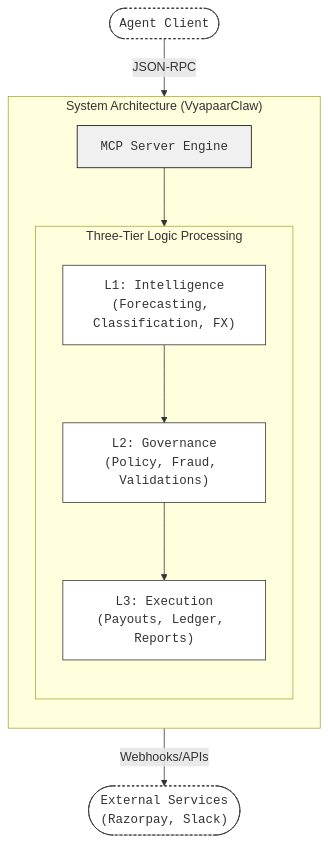
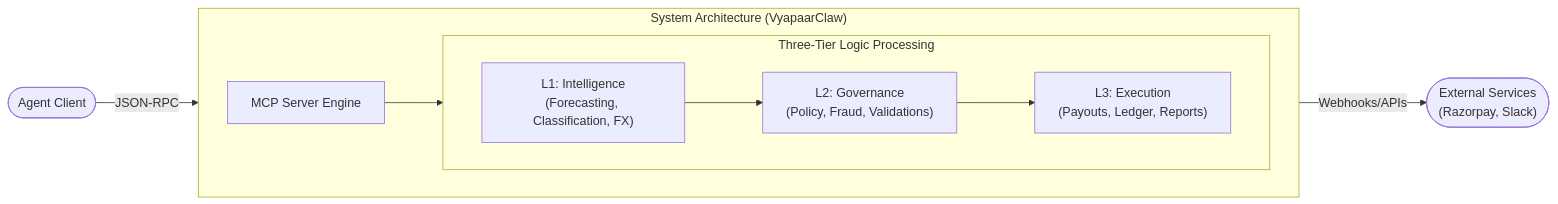
The diagram in docs/diagrams/architecture_full.mmd (guglxni/VyapaarClaw), drawn with Mermaid before and after one commit. The commit also changed 14 other files, not shown here.

Commit message:
docs: switch back to static PNG diagrams for better landscape formatting without interactive clipping

```diff
--- a/docs/diagrams/architecture_full.mmd
+++ b/docs/diagrams/architecture_full.mmd
@@ -1,25 +1,20 @@
-graph TD
-    %% Scientific Block Diagram
-    classDef ext fill:#fff,stroke:#333,stroke-width:1px,stroke-dasharray: 3 3,font-family:monospace;
-    classDef core fill:#f0f0f0,stroke:#000,stroke-width:1px,font-family:monospace;
-    classDef node fill:#fff,stroke:#333,stroke-width:1px,font-family:monospace;
-
-    Client(["Agent Client"]):::ext -->|JSON-RPC| MCP
+graph LR
+    Client(["Agent Client"]) -->|JSON-RPC| MCP
     
     subgraph VyapaarClaw ["System Architecture (VyapaarClaw)"]
-        direction TB
-        MCP["MCP Server Engine"]:::core
+        direction LR
+        MCP["MCP Server Engine"]
         
         subgraph Pipeline ["Three-Tier Logic Processing"]
-            direction TB
-            KNOW["L1: Intelligence<br/>(Forecasting, Classification, FX)"]:::node
-            GUARD["L2: Governance<br/>(Policy, Fraud, Validations)"]:::node
-            ACT["L3: Execution<br/>(Payouts, Ledger, Reports)"]:::node
+            direction LR
+            KNOW["L1: Intelligence<br/>(Forecasting, Classification, FX)"]
+            GUARD["L2: Governance<br/>(Policy, Fraud, Validations)"]
+            ACT["L3: Execution<br/>(Payouts, Ledger, Reports)"]
             
             KNOW --> GUARD --> ACT
         end
         
         MCP --> Pipeline
     end
     
-    Pipeline -->|Webhooks/APIs| Integrations(["External Services<br/>(Razorpay, Slack)"]):::ext
+    Pipeline -->|Webhooks/APIs| Integrations(["External Services<br/>(Razorpay, Slack)"])
```
